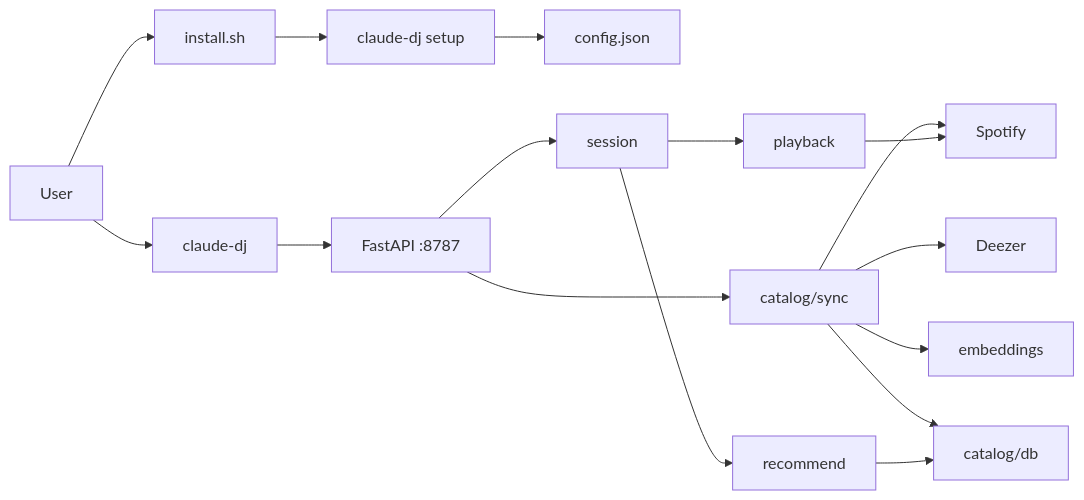
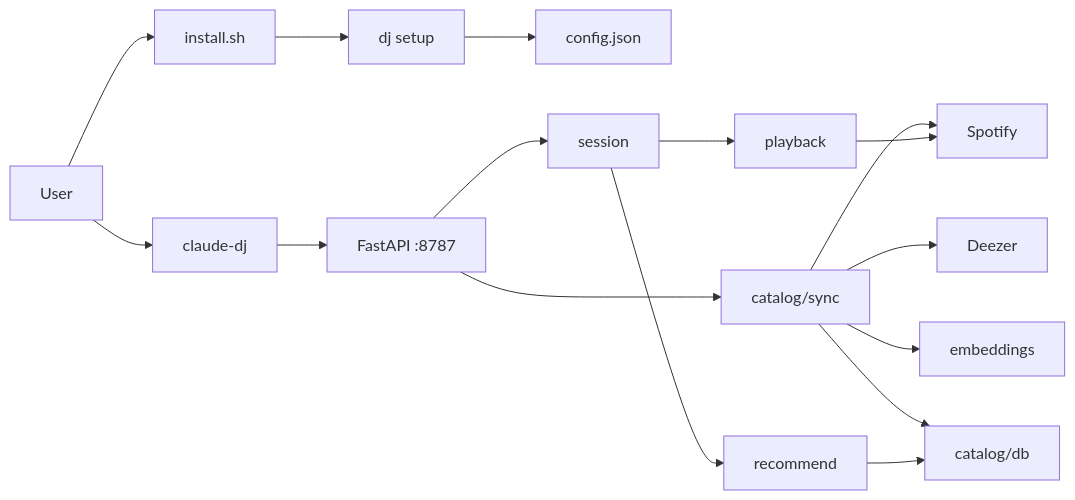
Before and after one commit to AdamPSU/agent-dj: the diagram in wiki/overview.md, drawn with Mermaid. The commit also changed other lines of this file and 14 other files, not shown here.

````diff
--- a/wiki/overview.md
+++ b/wiki/overview.md
@@ -50,18 +52,18 @@
 ```mermaid
 flowchart LR
   User --> Install["install.sh"]
-  Install --> Setup["claude-dj setup"]
+  Install --> Setup["dj setup"]
   Setup --> Config["config.json"]
   User --> CLI["claude-dj"]
   CLI --> Daemon["FastAPI :8787"]
   Daemon --> Sync["catalog/sync"]
   Daemon --> Sess["session"]
   Sync --> Spotify
   Sync --> Deezer
   Sync --> Emb["embeddings"]
   Sync --> DB["catalog/db"]
   Sess --> Rec["recommend"]
   Sess --> Play["playback"]
   Rec --> DB
   Play --> Spotify
 ```
````
